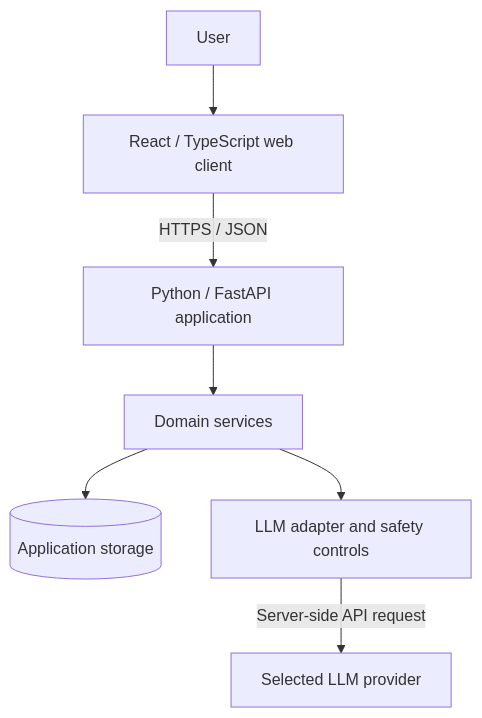
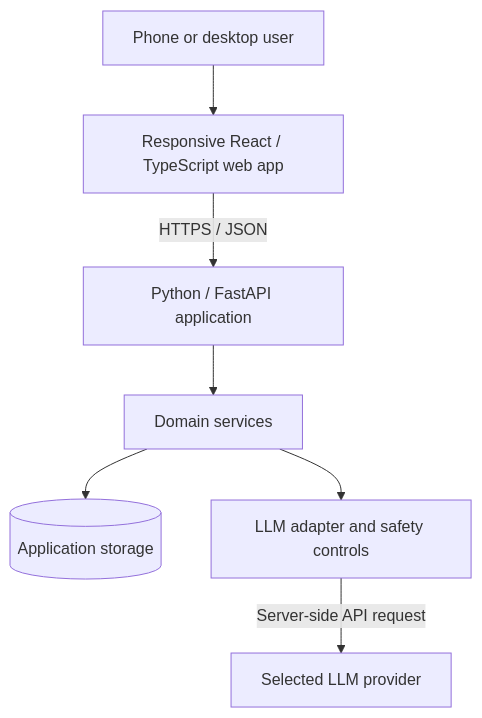
Before and after one commit to paresping/LifeOS: the diagram in docs/ARCHITECTURE.md, drawn with Mermaid. The commit also changed other lines of this file, not shown here.

Commit message:
docs: adopt mobile-first web and phased PWA strategy

````diff
--- a/docs/ARCHITECTURE.md
+++ b/docs/ARCHITECTURE.md
@@ -13,9 +13,9 @@
 ```mermaid
 flowchart TD
-    U[User] --> FE[React / TypeScript web client]
+    U[Phone or desktop user] --> FE[Responsive React / TypeScript web app]
     FE -->|HTTPS / JSON| API[Python / FastAPI application]
     API --> CORE[Domain services]
     CORE --> STORE[(Application storage)]
     CORE --> AI[LLM adapter and safety controls]
     AI -->|Server-side API request| LLM[Selected LLM provider]
 ```
````
